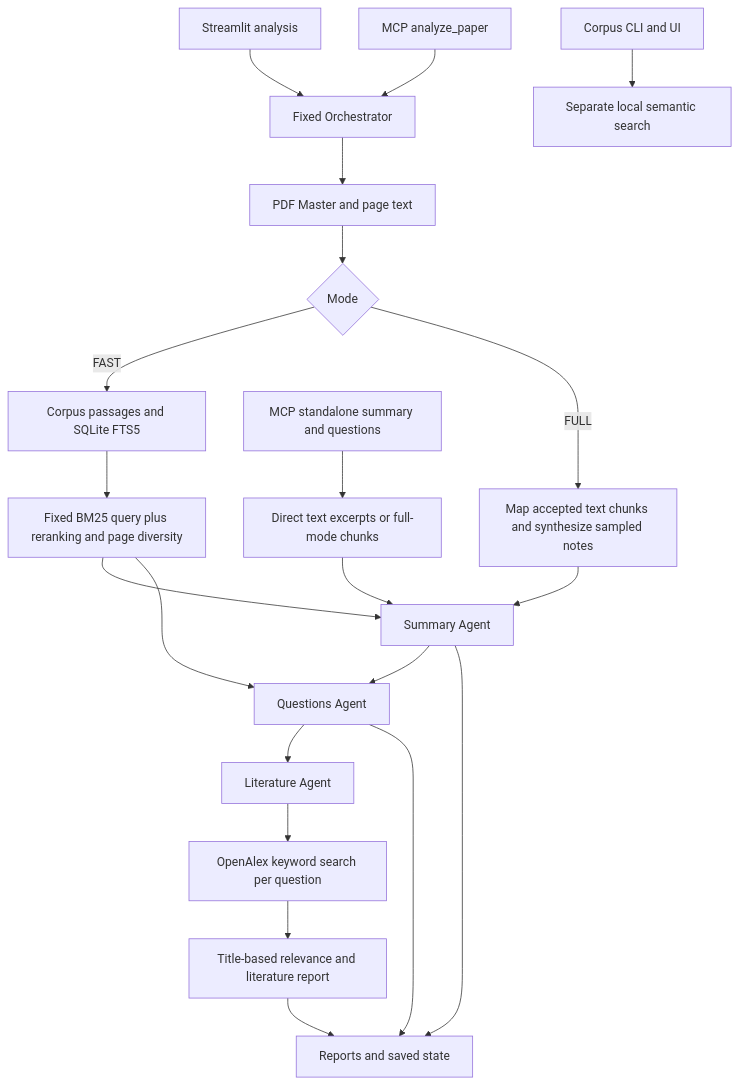
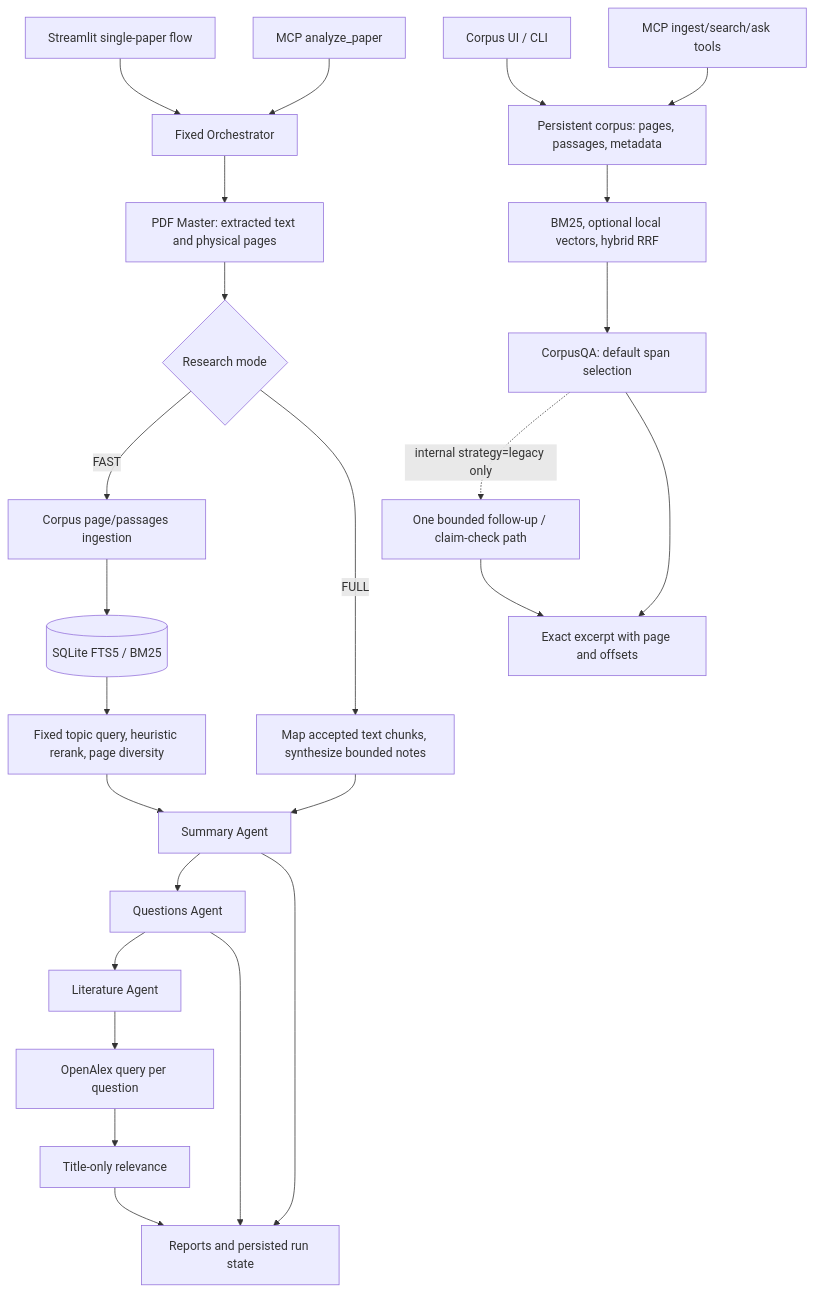
Before and after one commit to FlaviuVasile/ai-research-agent-swarm: the diagram in audit/RAG_ARCHITECTURE_ASSESSMENT.md, drawn with Mermaid. The commit also changed other lines of this file and 93 other files, not shown here.

````diff
--- a/audit/RAG_ARCHITECTURE_ASSESSMENT.md
+++ b/audit/RAG_ARCHITECTURE_ASSESSMENT.md
@@ -7,23 +7,27 @@
 ```mermaid
 flowchart TD
-    UI[Streamlit analysis] --> O[Fixed Orchestrator]
-    MCP[MCP analyze_paper] --> O
-    O --> PDF[PDF Master and page text]
-    PDF --> Mode{Mode}
-    Mode -->|FAST| DB[Corpus passages and SQLite FTS5]
-    DB --> Pick[Fixed BM25 query plus reranking and page diversity]
-    Pick --> S[Summary Agent]
-    Pick --> Q[Questions Agent]
-    Mode -->|FULL| Map[Map accepted text chunks and synthesize sampled notes]
-    Map --> S
-    S --> Q
+    UI[Streamlit single-paper flow] --> O[Fixed Orchestrator]
+    MA[MCP analyze_paper] --> O
+    O --> PDF[PDF Master: extracted text and physical pages]
+    PDF --> MODE{Research mode}
+    MODE -->|FAST| ING[Corpus page/passages ingestion]
+    ING --> FTS[(SQLite FTS5 / BM25)]
+    FTS --> PICK[Fixed topic query, heuristic rerank, page diversity]
+    PICK --> SUM[Summary Agent]
+    MODE -->|FULL| MAP[Map accepted text chunks, synthesize bounded notes]
+    MAP --> SUM
+    SUM --> Q[Questions Agent]
     Q --> L[Literature Agent]
-    L --> OA[OpenAlex keyword search per question]
-    OA --> R[Title-based relevance and literature report]
-    S --> Files[Reports and saved state]
-    Q --> Files
-    R --> Files
-    Direct[MCP standalone summary and questions] --> Text[Direct text excerpts or full-mode chunks]
-    Text --> S
-    V[Corpus CLI and UI] --> VS[Separate local semantic search]
+    L --> OA[OpenAlex query per question]
+    OA --> REL[Title-only relevance]
+    REL --> OUT[Reports and persisted run state]
+    SUM --> OUT
+    Q --> OUT
+    UI2[Corpus UI / CLI] --> CORP[Persistent corpus: pages, passages, metadata]
+    MI[MCP ingest/search/ask tools] --> CORP
+    CORP --> RET[BM25, optional local vectors, hybrid RRF]
+    RET --> QA[CorpusQA: default span selection]
+    QA -. "internal strategy=legacy only" .-> LOOP[One bounded follow-up / claim-check path]
+    QA --> EVID[Exact excerpt with page and offsets]
+    LOOP --> EVID
 ```
````
